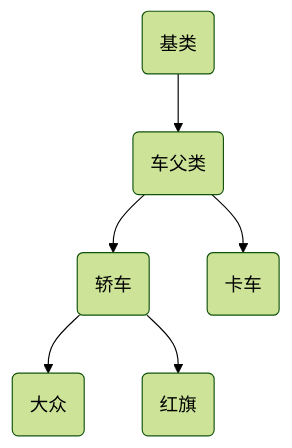
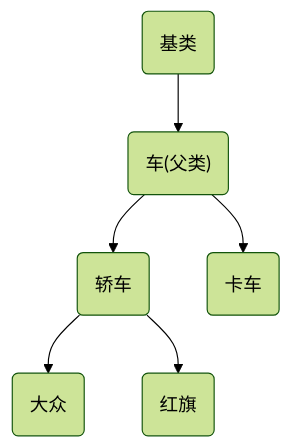
The diagram in chapter6/readme.md (zhushiyu1216/Objective-C), drawn with Mermaid (forest theme) before and after one commit. The commit also changed 1 other file, not shown here.

````diff
--- a/chapter6/readme.md
+++ b/chapter6/readme.md
@@ -12,8 +12,8 @@
 ``` mermaid
     graph TB
-    A(基类) -->B(车父类)
+    A(基类) -->B("车(父类)")
     B --> C(轿车)
     B --> D(卡车)
     C --> E(大众)
     C --> F(红旗)
 ```
````
